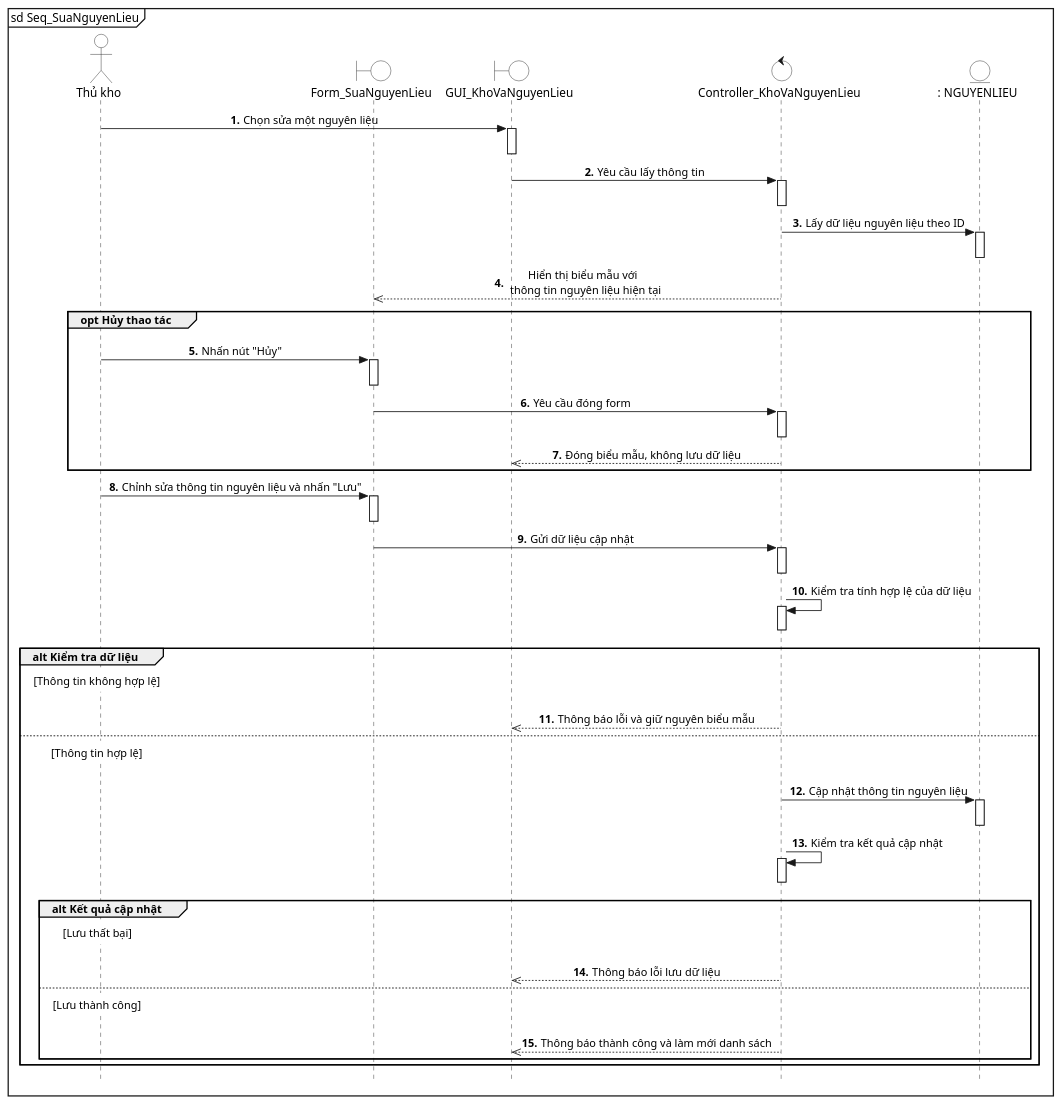
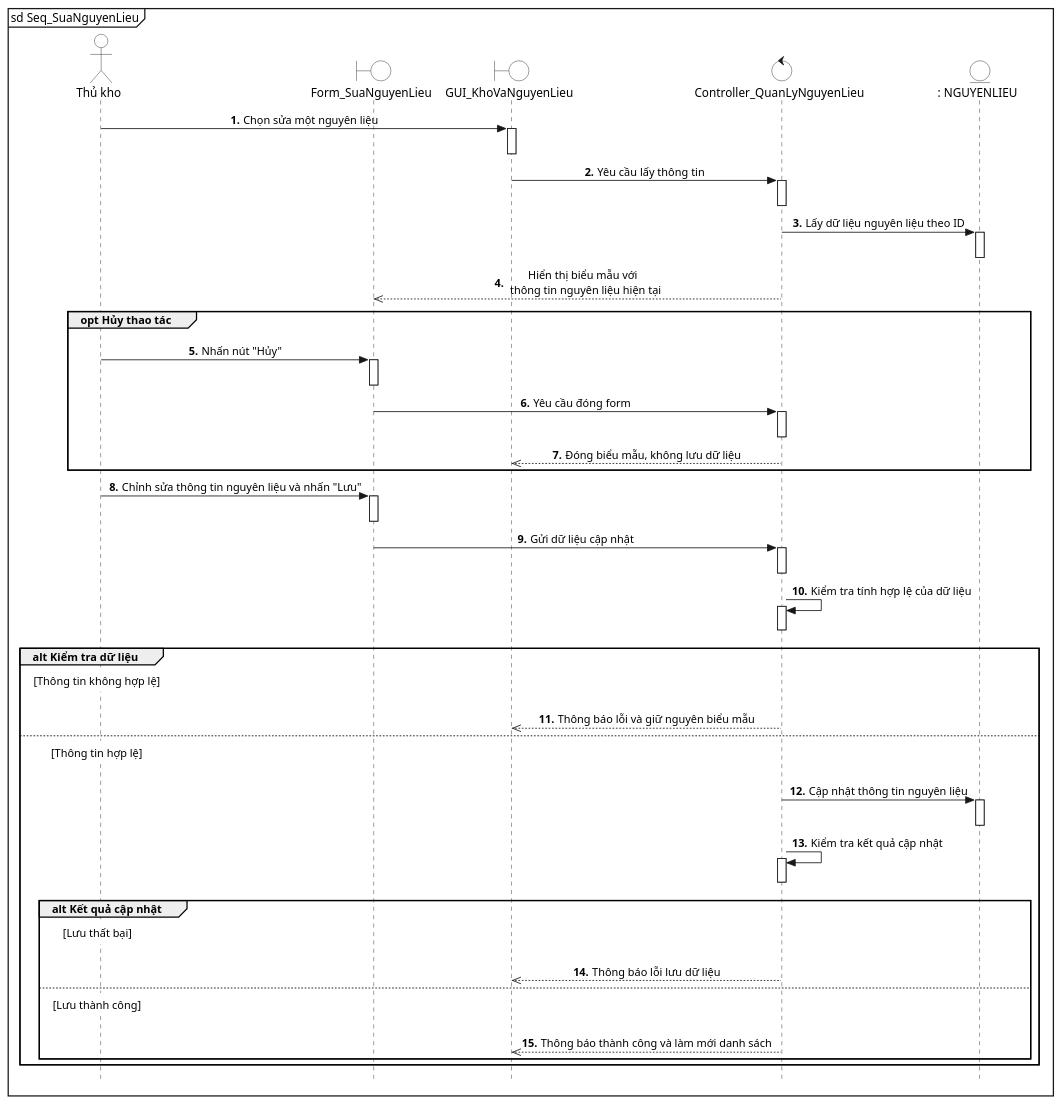
Before and after one commit to lancelotviendangkhoa710/IS-System-Development: the diagram in diagram/sq_Khang/38_SuaNguyenLieu.puml, drawn with PlantUML. The commit also changed 8 other files, not shown here.

```diff
--- a/diagram/sq_Khang/38_SuaNguyenLieu.puml
+++ b/diagram/sq_Khang/38_SuaNguyenLieu.puml
@@ -1,94 +1,94 @@
 @startuml SuaNguyenLieu
 mainframe sd Seq_SuaNguyenLieu
 autonumber "<b>##."
 skinparam sequenceMessageAlign center
 skinparam style strictuml
 
     skinparam noteBackgroundColor transpar1ent
     skinparam noteBorderColor transparent
 
 actor "Thủ kho" as TK #White
 boundary "Form_SuaNguyenLieu" as FRM #White
 boundary "GUI_KhoVaNguyenLieu" as UI #White
-control "Controller_KhoVaNguyenLieu" as SYS #White
+control "Controller_QuanLyNguyenLieu" as SYS #White
 entity ": NGUYENLIEU" as DB_NL #White
 
 TK -> UI: Chọn sửa một nguyên liệu
 activate UI
 deactivate UI
 
 
 UI -> SYS: Yêu cầu lấy thông tin
 activate SYS
 deactivate SYS
 
 SYS -> DB_NL: Lấy dữ liệu nguyên liệu theo ID
 activate DB_NL
 deactivate DB_NL
 
 SYS -->> FRM: Hiển thị biểu mẫu với \n thông tin nguyên liệu hiện tại
 
 group opt Hủy thao tác
     autonumber stop
     TK -[hidden]-> DB_NL
     autonumber resume "<b>##."
     TK -> FRM: Nhấn nút "Hủy"
     activate FRM
     deactivate FRM
     
 FRM -> SYS: Yêu cầu đóng form
     activate SYS
     deactivate SYS
     
     SYS -->> UI: Đóng biểu mẫu, không lưu dữ liệu
 end
 
 TK -> FRM: Chỉnh sửa thông tin nguyên liệu và nhấn "Lưu"
 activate FRM
 deactivate FRM
 
 FRM -> SYS: Gửi dữ liệu cập nhật
 activate SYS
 deactivate SYS
 
 SYS -> SYS: Kiểm tra tính hợp lệ của dữ liệu
 activate SYS
 deactivate SYS
 
 group alt Kiểm tra dữ liệu
     note over of TK: [Thông tin không hợp lệ]
     autonumber stop
     TK -[hidden]-> DB_NL
     autonumber resume "<b>##."
     SYS -->> UI: Thông báo lỗi và giữ nguyên biểu mẫu
 else 
     note over of TK: [Thông tin hợp lệ]
     autonumber stop
     TK -[hidden]-> DB_NL
     autonumber resume "<b>##."
     SYS -> DB_NL: Cập nhật thông tin nguyên liệu
     activate DB_NL
     deactivate DB_NL
 
     SYS -> SYS: Kiểm tra kết quả cập nhật
     activate SYS
     deactivate SYS
     
     group alt Kết quả cập nhật
         note over of TK: [Lưu thất bại]
         autonumber stop
         TK -[hidden]-> DB_NL
         autonumber resume "<b>##."
         SYS -->> UI: Thông báo lỗi lưu dữ liệu
     else 
         note over of TK: [Lưu thành công]
         autonumber stop
         TK -[hidden]-> DB_NL
         autonumber resume "<b>##."
         SYS -->> UI: Thông báo thành công và làm mới danh sách
     end
 end
 
 
 
 @enduml
```
